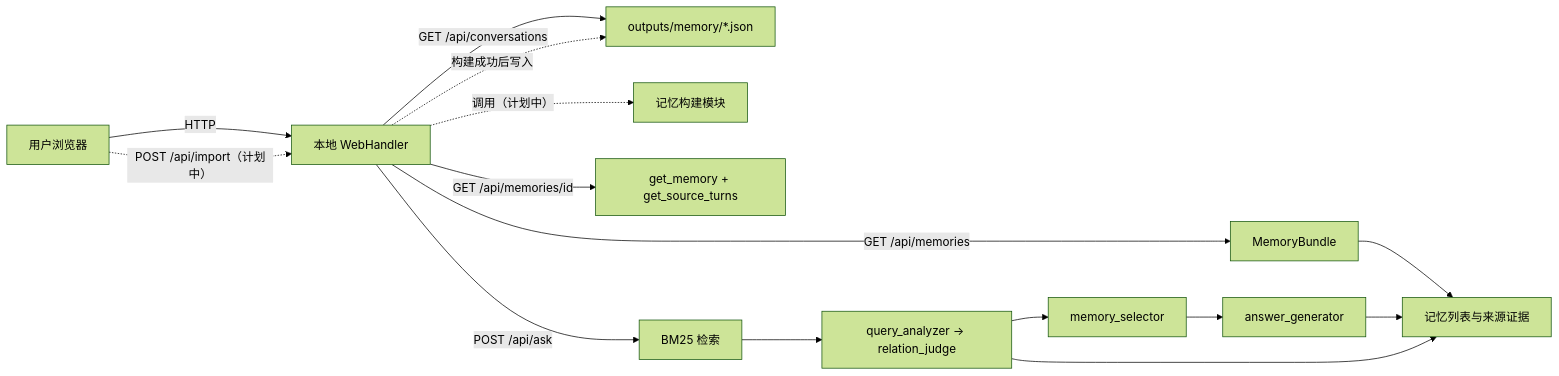
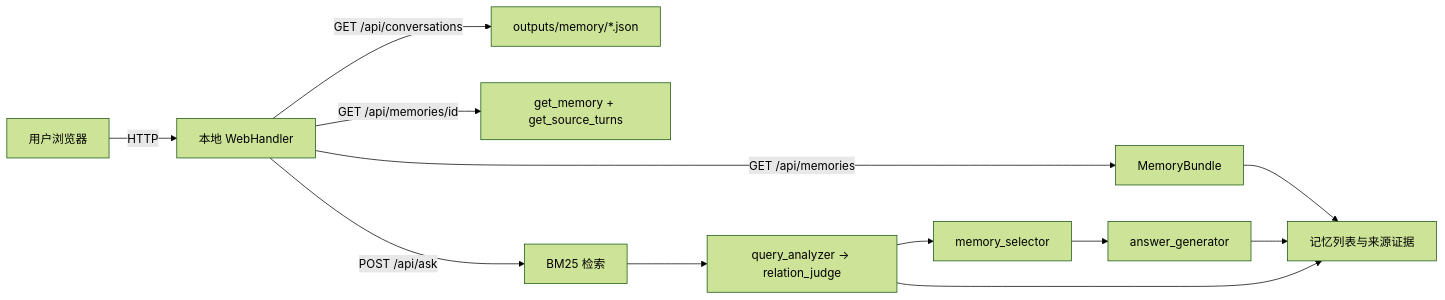
The diagram in docs/design-and-test.md (Chenyyyyyy666/ZJU-Software-Requirements-Engineering-Project), drawn with Mermaid (forest theme) before and after one commit. The commit also changed other lines of this file and 2 other files, not shown here.

Commit message:
docs(web): 移除网页导入需求 (#34)

````diff
--- a/docs/design-and-test.md
+++ b/docs/design-and-test.md
@@ -159,17 +159,14 @@
 ```mermaid
 flowchart LR
     User[用户浏览器] -->|HTTP| Web[本地 WebHandler]
     Web -->|GET /api/conversations| Files[outputs/memory/*.json]
-    User -.->|POST /api/import（计划中）| Web
-    Web -.->|构建成功后写入| Files
-    Web -.->|调用（计划中）| M[记忆构建模块]
     Web -->|GET /api/memories| Bundle[MemoryBundle]
     Web -->|GET /api/memories/id| Evidence[get_memory + get_source_turns]
     Web -->|POST /api/ask| Search[BM25 检索]
     Search --> Reason[query_analyzer → relation_judge]
     Reason --> Select[memory_selector]
     Select --> Answer[answer_generator]
     Bundle --> UI[记忆列表与来源证据]
     Answer --> UI
     Reason --> UI
 ```
````
